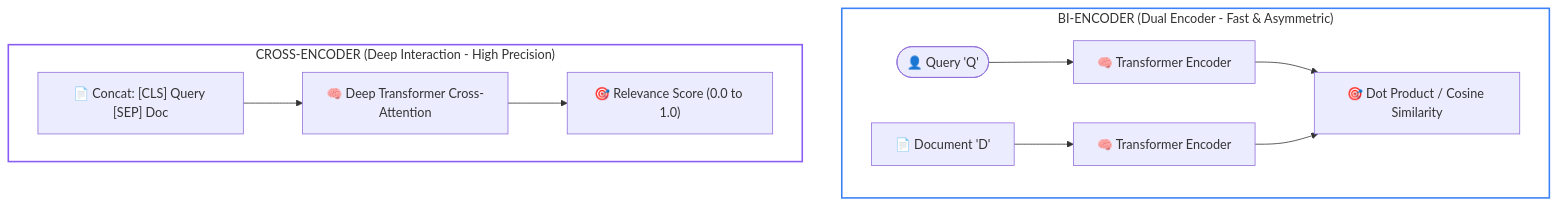
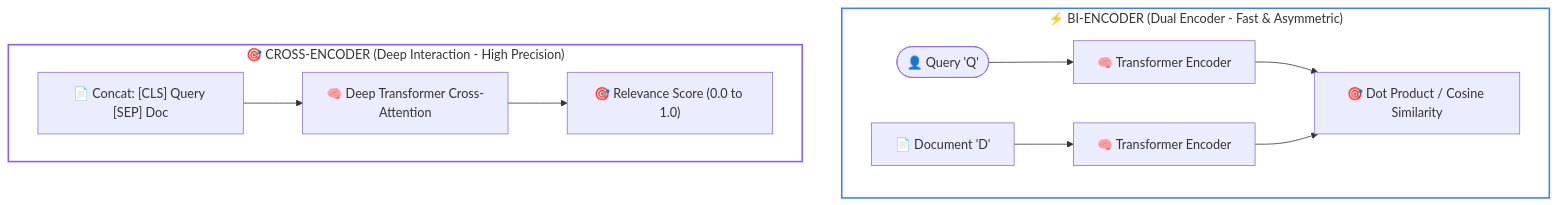
One commit to dip4k/senior-engineer-to-ai-engineer-roadmap changed the third of 3 diagrams in 02-rag-and-knowledge-systems/04-reciprocal-rank-fusion-and-cross-encoders.md. Above: the diagram before and after it, drawn with Mermaid. The commit also changed other lines of this file and 94 other files, not shown here.

Commit message:
refactor(curriculum): complete Phase 04 upgrade and enforce diagram renderer invariants

````diff
--- a/02-rag-and-knowledge-systems/04-reciprocal-rank-fusion-and-cross-encoders.md
+++ b/02-rag-and-knowledge-systems/04-reciprocal-rank-fusion-and-cross-encoders.md
@@ -140,16 +140,16 @@
 ```mermaid
 flowchart TD
-    subgraph BiEncoder["BI-ENCODER (Dual Encoder - Fast & Asymmetric)"]
+    subgraph BiEncoder["⚡ BI-ENCODER (Dual Encoder - Fast & Asymmetric)"]
         Q1(["👤 Query 'Q'"]) --> E1["🧠 Transformer Encoder"]
         D1["📄 Document 'D'"] --> E2["🧠 Transformer Encoder"]
         E1 --> Sim["🎯 Dot Product / Cosine Similarity"]
         E2 --> Sim
     end
 
-    subgraph CrossEncoder["CROSS-ENCODER (Deep Interaction - High Precision)"]
+    subgraph CrossEncoder["🎯 CROSS-ENCODER (Deep Interaction - High Precision)"]
         Concat["📄 Concat: [CLS] Query [SEP] Doc"] --> FullTrans["🧠 Deep Transformer Cross-Attention"]
         FullTrans --> Score["🎯 Relevance Score (0.0 to 1.0)"]
     end
     style BiEncoder fill:none,stroke:#3b82f6,stroke-width:2px;
     style CrossEncoder fill:none,stroke:#8b5cf6,stroke-width:2px;
 ```
````
